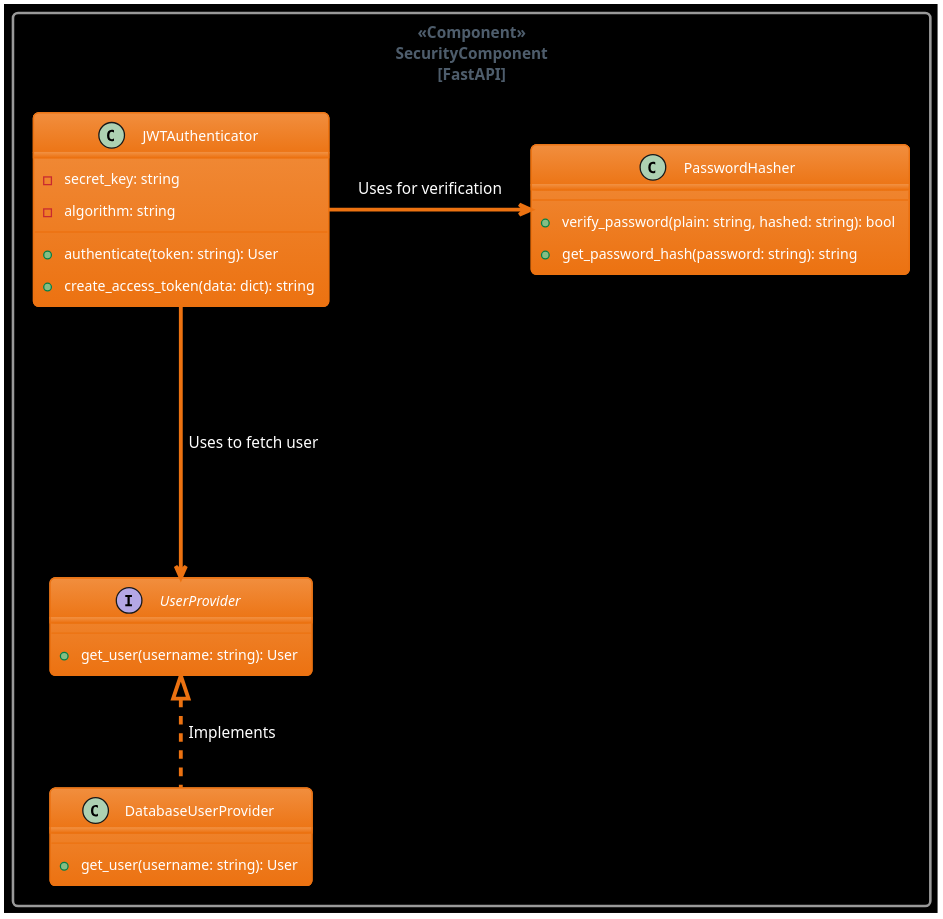
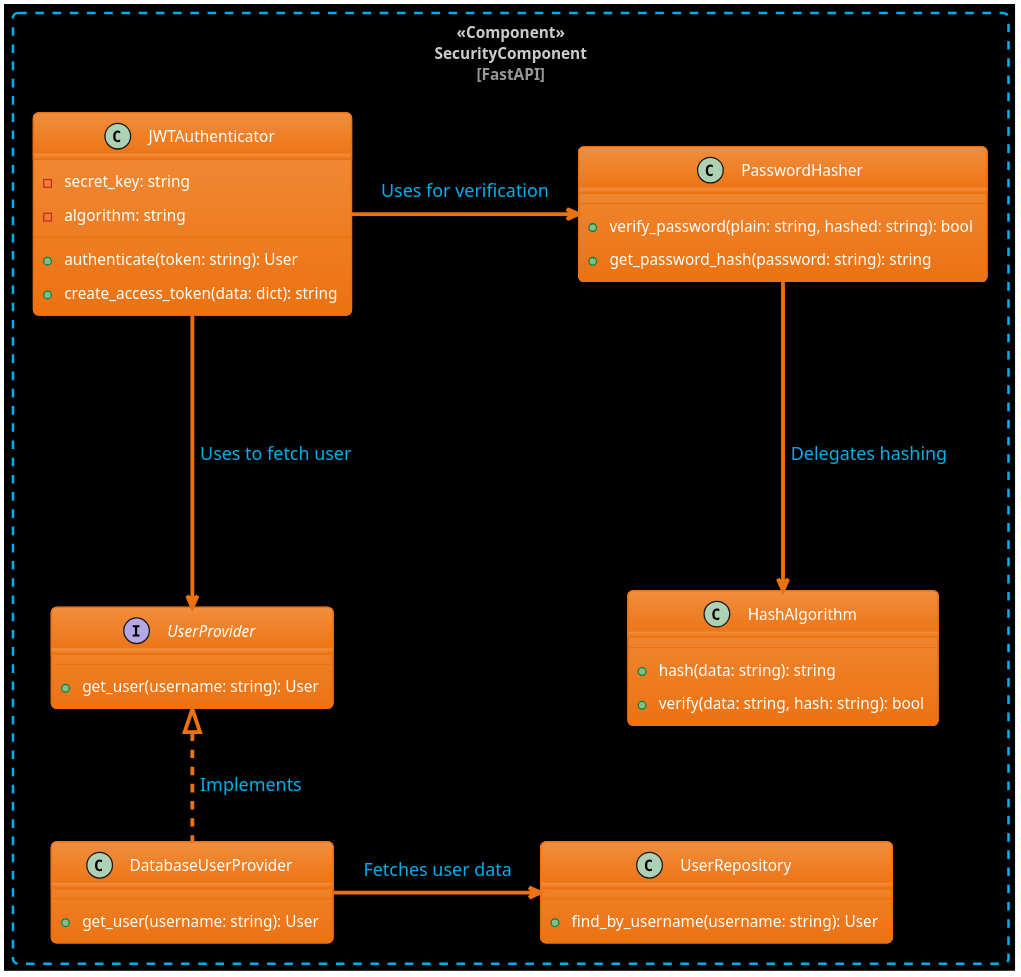
One commit to hwblx/qpr changed the diagram in templates/t14-class.puml. Above: the diagram before and after it, drawn with PlantUML. The commit also changed 20 other files, not shown here.

```diff
--- a/templates/t14-class.puml
+++ b/templates/t14-class.puml
@@ -1,74 +1,90 @@
 @startuml
 !theme aws-orange
 ' !theme cloudscape-design
 ' !theme mars
 ' !theme reddress-darkblue
 ' !theme sunlust
 ' !theme toy
 ' !theme vibrant
-skinparam backgroundColor #black
-
-skinparam ArrowFontColor #FFFFFF
-skinparam RectangleBorderColor #999999
+skinparam backgroundColor black
+skinparam RectangleBorderColor #00AEEF
+skinparam ArrowFontColor #00AEEF
+skinparam ArrowFontSize 14
+skinparam ClassAttributeFontSize 12
+skinparam RectangleFontColor #CCCCCC
+skinparam rectangleBorderStyle dashed
 /'
 C4 – Code Diagram
 
 Purpose:
 Provides a focused view of selected implementation details inside a single *Component,
 when this level of detail is necessary to explain complex or non-obvious design decisions.
 
 Scope:
 - Exactly one *Component from the C3 Component Diagram
 - Only *Code Elements that are essential to understanding behavior, responsibilities,
   or extension points should be shown
 
 *Component:
 - The component being explored at code level
 
 *Code Elements:
 - Classes, interfaces, or key data structures within the component
 - Only include elements that contribute to understanding design, responsibilities, or extension points
 
 *Relationships:
 - Relationships between code elements (e.g., usage, inheritance,
   implementation, composition)
 - Direction of dependencies should be explicit where it matters
 
 Design Notes:
 - This level is optional and should be used sparingly
 - Common or trivial code structures should be omitted
 - Design patterns may be illustrated when they are central to the design
   (e.g., Factory, Strategy, Observer, Adapter)
 - This diagram is not a complete UML class diagram
 - The goal is explanation, not exhaustiveness
 '/
-
 top to bottom direction
 
-rectangle "<<Component>>\nSecurityComponent\n[FastAPI]" {
+rectangle "<<Component>>\nSecurityComponent\n<color:#999999>[FastAPI]</color>" {
+
 class JWTAuthenticator {
     -secret_key: string
     -algorithm: string
     +authenticate(token: string): User
     +create_access_token(data: dict): string
 }
 
 class PasswordHasher {
     +verify_password(plain: string, hashed: string): bool
     +get_password_hash(password: string): string
 }
 
+class HashAlgorithm {
+    +hash(data: string): string
+    +verify(data: string, hash: string): bool
+}
+
 interface UserProvider {
     +get_user(username: string): User
 }
 
 class DatabaseUserProvider {
     +get_user(username: string): User
 }
 
+class UserRepository {
+    +find_by_username(username: string): User
+}
+
 JWTAuthenticator --down--> UserProvider : "Uses to fetch user"
 DatabaseUserProvider ..up|> UserProvider : "Implements"
+
 JWTAuthenticator --right--> PasswordHasher : "Uses for verification"
+PasswordHasher --down--> HashAlgorithm : "Delegates hashing"
+
+DatabaseUserProvider --right--> UserRepository : "Fetches user data"
 }
 
 @enduml
```
